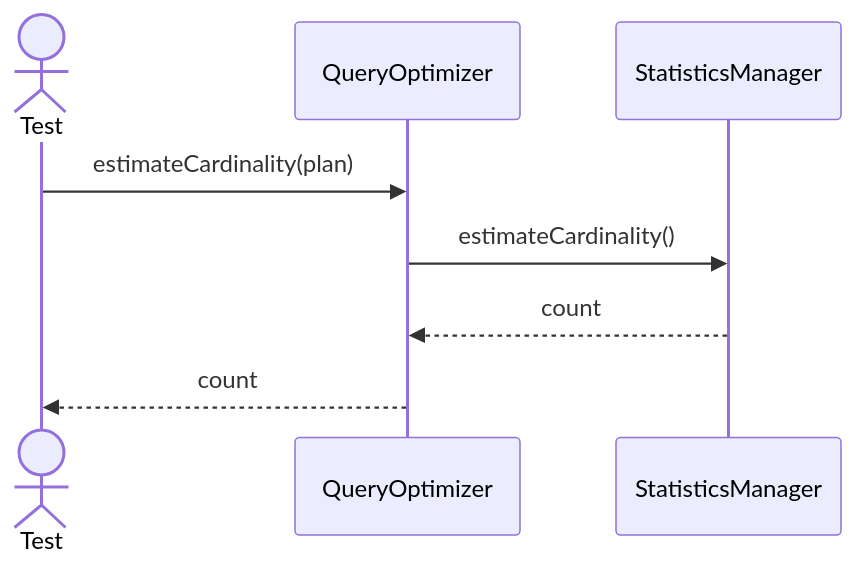
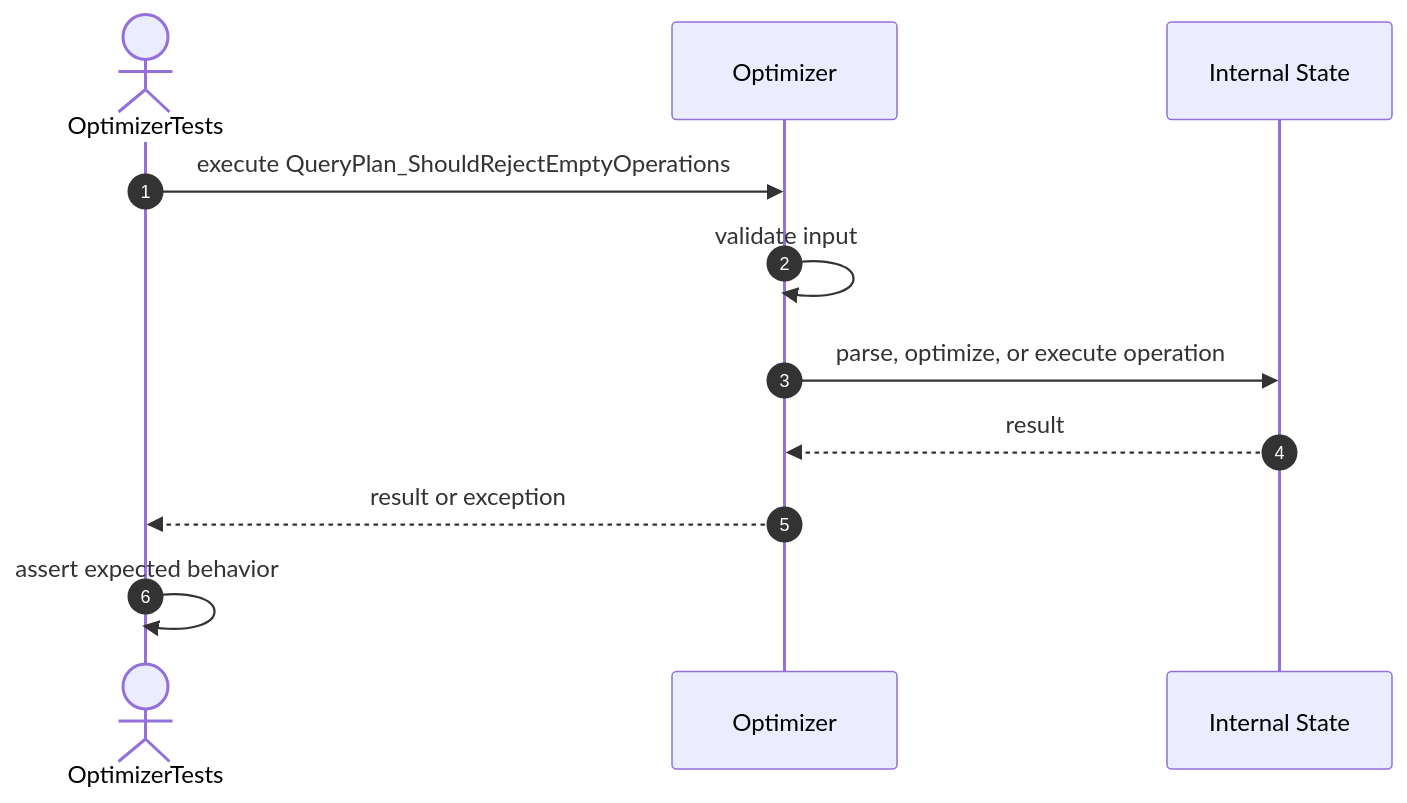
Before and after one commit to FhuAnn/-bbv-AN-s-DBMS: the fourth of 19 diagrams in src/tests/unit/query/sequences/query-optimizer-testing.se.md, drawn with Mermaid. The commit also changed other lines of this file and 36 other files, not shown here.

````diff
--- a/src/tests/unit/query/sequences/query-optimizer-testing.se.md
+++ b/src/tests/unit/query/sequences/query-optimizer-testing.se.md
@@ -101,11 +62,14 @@
 ```mermaid
 sequenceDiagram
-actor Test
-participant QueryOptimizer
-participant StatisticsManager
+    autonumber
+    actor Test as OptimizerTests
+    participant Target as Optimizer
+    participant Internal as Internal State
 
-Test->>QueryOptimizer: estimateCardinality(plan)
-QueryOptimizer->>StatisticsManager: estimateCardinality()
-StatisticsManager-->>QueryOptimizer: count
-QueryOptimizer-->>Test: count
+    Test->>Target: execute QueryPlan_ShouldRejectEmptyOperations
+    Target->>Target: validate input
+    Target->>Internal: parse, optimize, or execute operation
+    Internal-->>Target: result
+    Target-->>Test: result or exception
+    Test->>Test: assert expected behavior
 ```
````
